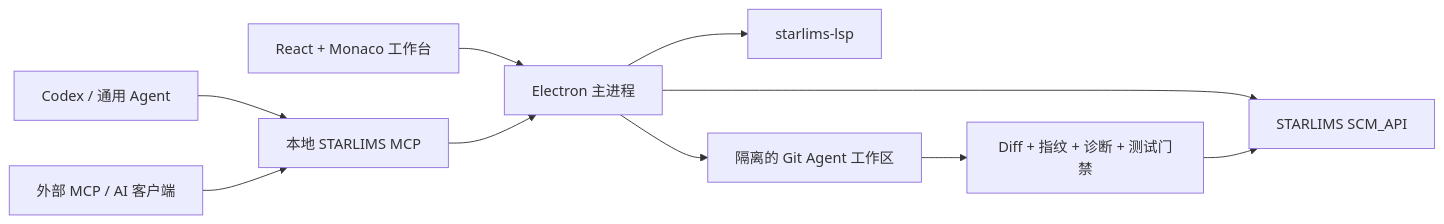
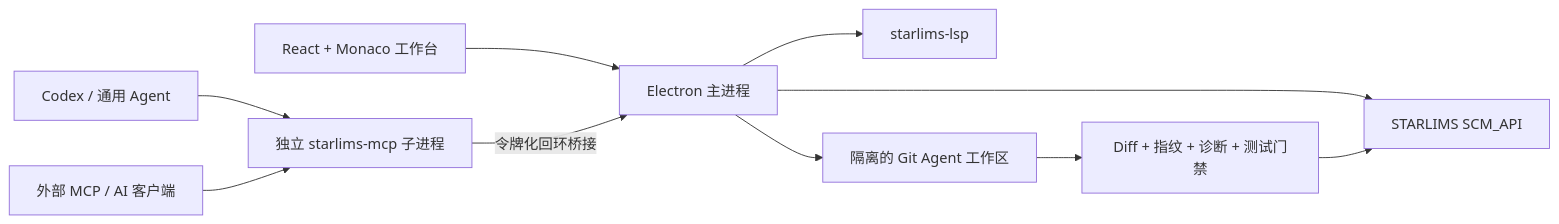
The diagram in README.md (tenlyc/starlims-devtools), drawn with Mermaid before and after one commit. The commit also changed other lines of this file and 49 other files, not shown here.

````diff
--- a/README.md
+++ b/README.md
@@ -83,12 +93,12 @@
 ```mermaid
 flowchart LR
   UI[React + Monaco 工作台] --> MAIN[Electron 主进程]
   MAIN --> API[STARLIMS SCM_API]
   MAIN --> LSP[starlims-lsp]
   MAIN --> WS[隔离的 Git Agent 工作区]
-  AGENT[Codex / 通用 Agent] --> MCP[本地 STARLIMS MCP]
-  MCP --> MAIN
+  AGENT[Codex / 通用 Agent] --> MCP[独立 starlims-mcp 子进程]
+  MCP -->|令牌化回环桥接| MAIN
   EXT[外部 MCP / AI 客户端] --> MCP
   WS --> GATE[Diff + 指纹 + 诊断 + 测试门禁]
   GATE --> API
 ```
````
